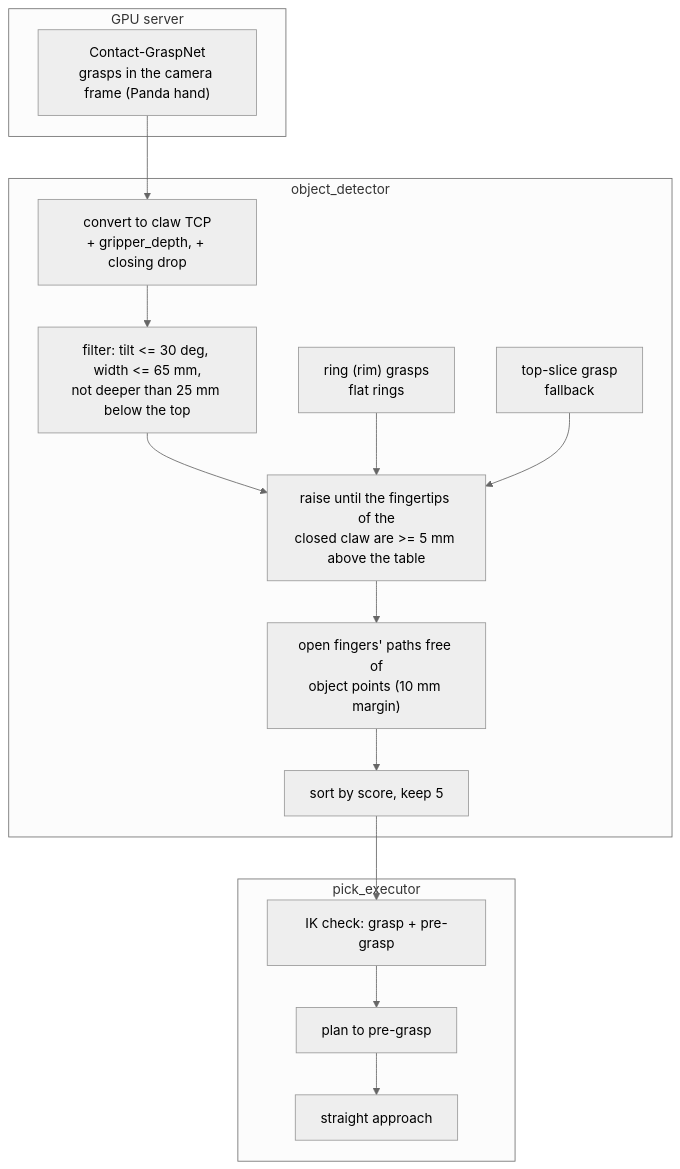
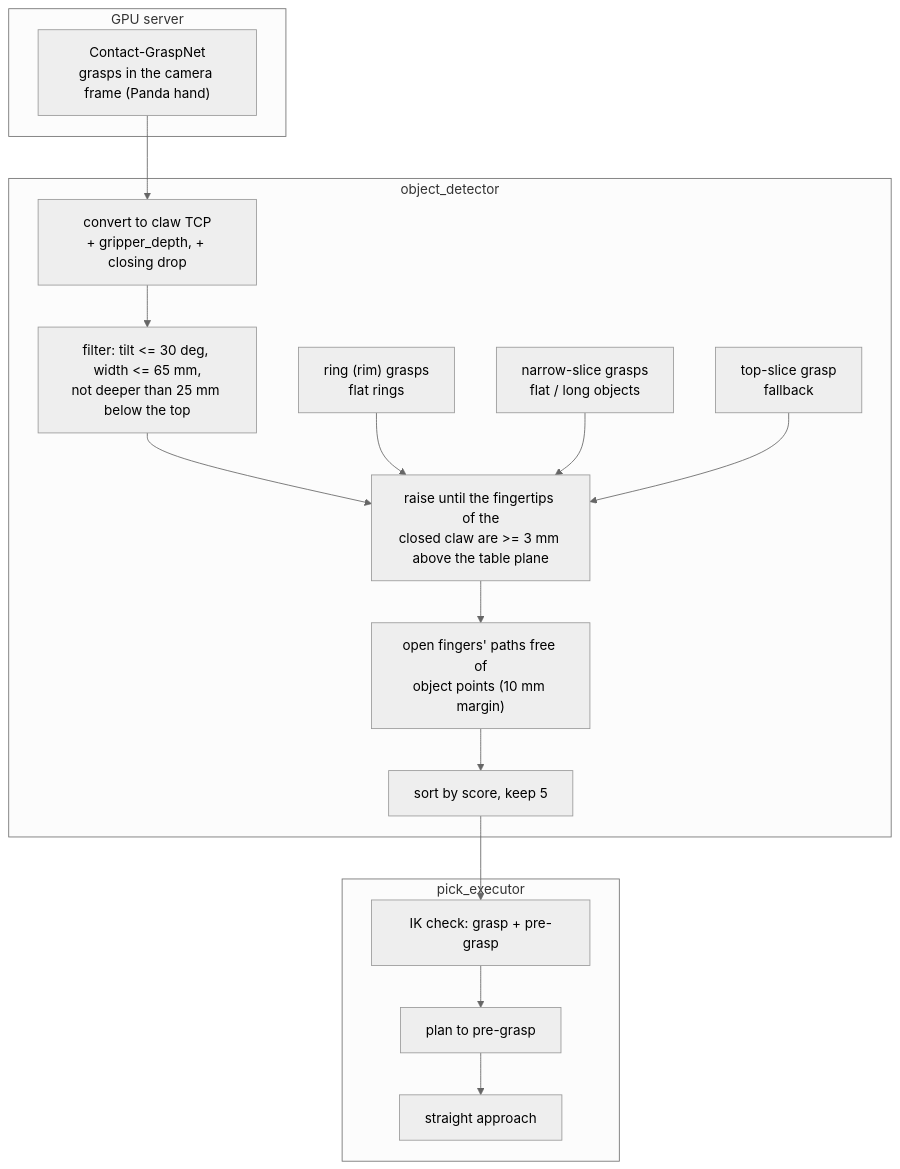
One commit to whoobee/qb_arm_install changed the fourth of 4 diagrams in docs/pages/04-grasping-primer.md. Above: the diagram before and after it, drawn with Mermaid (neutral theme). The commit also changed other lines of this file and 1 other file, not shown here.

Commit message:
docs: end-of-day status (what works, open items in priority order), slice grasps in the grasping primer

````diff
--- a/docs/pages/04-grasping-primer.md
+++ b/docs/pages/04-grasping-primer.md
@@ -165,24 +166,26 @@
 ```mermaid
 flowchart TB
     subgraph gpu["GPU server"]
         CGN["Contact-GraspNet<br/>grasps in the camera frame (Panda hand)"]
     end
     subgraph det["object_detector"]
         CONV["convert to claw TCP<br/>+ gripper_depth, + closing drop"]
         FILT["filter: tilt <= 30 deg, width <= 65 mm,<br/>not deeper than 25 mm below the top"]
         RING["ring (rim) grasps<br/>flat rings"]
+        SLICE["narrow-slice grasps<br/>flat / long objects"]
         TOP["top-slice grasp<br/>fallback"]
-        TABLE["raise until the fingertips of the<br/>closed claw are >= 5 mm above the table"]
+        TABLE["raise until the fingertips of the<br/>closed claw are >= 3 mm above the table plane"]
         LAND["open fingers' paths free of<br/>object points (10 mm margin)"]
         RANK["sort by score, keep 5"]
     end
     subgraph pe["pick_executor"]
         IKC["IK check: grasp + pre-grasp"]
         PLAN["plan to pre-grasp"]
         CART["straight approach"]
     end
     CGN --> CONV --> FILT --> TABLE
     RING --> TABLE
+    SLICE --> TABLE
     TOP --> TABLE
     TABLE --> LAND --> RANK --> IKC --> PLAN --> CART
 ```
````
